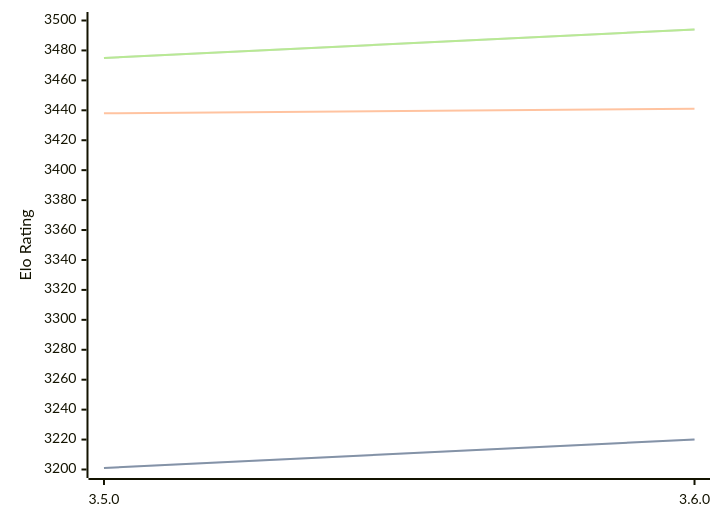
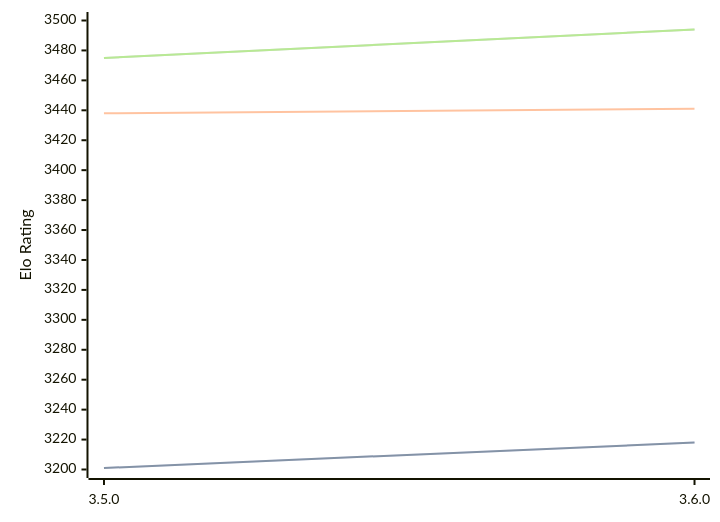
One commit to computer-chess-index/cci changed the diagram in engines/Igel.md. Above: the diagram before and after it, drawn with Mermaid. The commit also changed other lines of this file, not shown here.

Commit message:
Update CCI Ratings (ELO VLTC) - 2026-03-16

````diff
--- a/engines/Igel.md
+++ b/engines/Igel.md
@@ -66,11 +66,11 @@
 ```mermaid
 %%{init: {"theme":"base","themeVariables":{"seriesColors:['#a3a3a3','#222221','#faa371']}}}%%
 xychart-beta
   x-axis ["3.5.0", "3.6.0"]
   y-axis "Elo Rating" 3200 --> 3500
-  line "STC (8.0+0.08s)" [3201, 3220]
-  line "STC (8.0+0.08s)" [3201, 3220]
+  line "STC (8.0+0.08s)" [3201, 3218]
+  line "STC (8.0+0.08s)" [3201, 3218]
   line "LTC (60.0+0.60s)" [3438, 3441]
   line "VLTC (2m24s+1.12s)" [3475, 3494]
   line "VLTC (2m24s+1.12s)" [3475, 3494]
 ```
````
